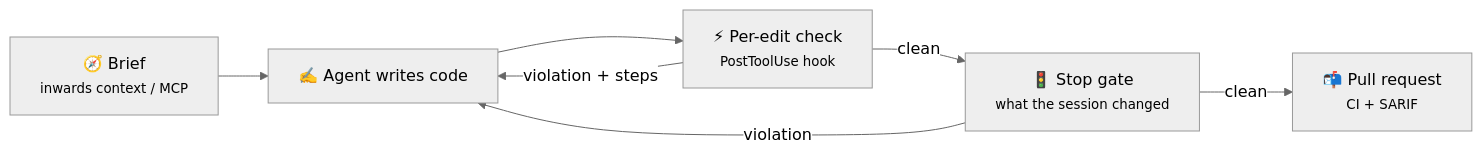
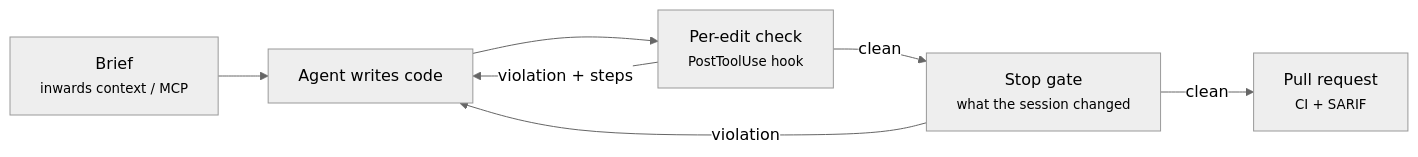
The second of 2 diagrams in docs/chapters/04-AI-Integration.md (SirCypkowskyy/inwards), drawn with Mermaid (neutral theme) before and after one commit. The commit also changed other lines of this file and 9 other files, not shown here.

First line of the commit message:
docs: draw diagram and status icons instead of emoji, recolour the chapter 6 pie

````diff
--- a/docs/chapters/04-AI-Integration.md
+++ b/docs/chapters/04-AI-Integration.md
@@ -246,9 +246,9 @@
 ```mermaid
 flowchart LR
-    brief["🧭 Brief<br/><small>inwards context / MCP</small>"] --> write["✍️ Agent writes code"]
-    write --> check["⚡ Per-edit check<br/><small>PostToolUse hook</small>"]
+    brief["Brief<br/><small>inwards context / MCP</small>"] --> write["Agent writes code"]
+    write --> check["Per-edit check<br/><small>PostToolUse hook</small>"]
     check -- "violation + steps" --> write
-    check -- "clean" --> gate["🚦 Stop gate<br/><small>what the session changed</small>"]
+    check -- "clean" --> gate["Stop gate<br/><small>what the session changed</small>"]
     gate -- "violation" --> write
-    gate -- "clean" --> pr["📬 Pull request<br/><small>CI + SARIF</small>"]
+    gate -- "clean" --> pr["Pull request<br/><small>CI + SARIF</small>"]
 ```
````
